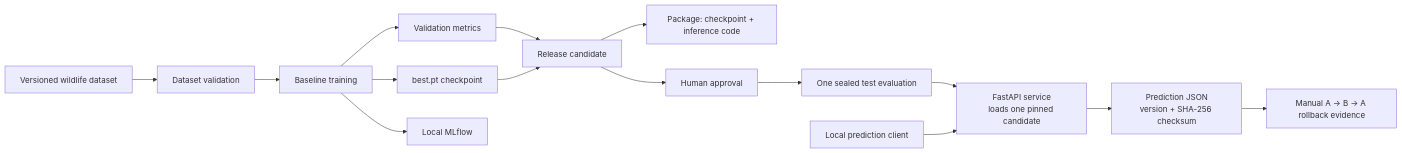
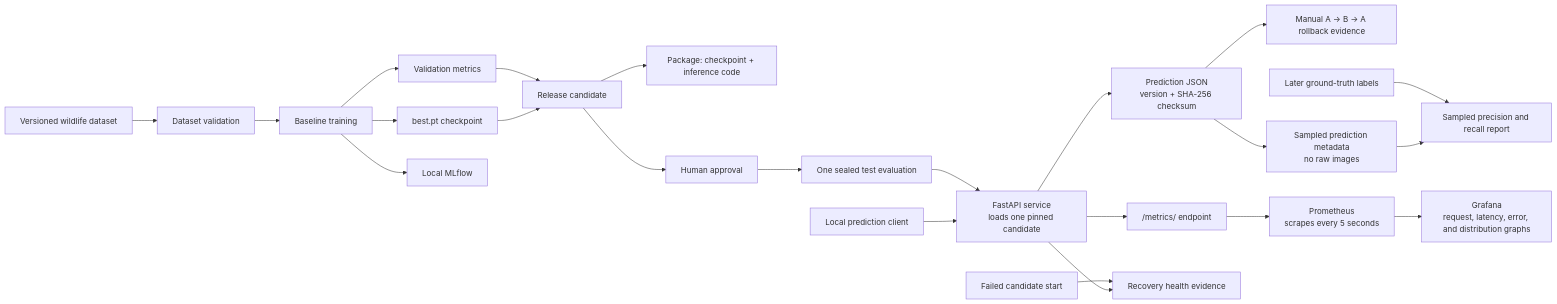
One commit to obaidullah-faruk/african-wildlife-mlops changed the diagram in README.md. Above: the diagram before and after it, drawn with Mermaid. The commit also changed other lines of this file and 14 other files, not shown here.

````diff
--- a/README.md
+++ b/README.md
@@ -8,17 +8,25 @@
 ```mermaid
 flowchart LR
     data[Versioned wildlife dataset] --> validate[Dataset validation]
     validate --> train[Baseline training]
-    train --> metrics[Validation metrics]
+    train --> validation_metrics[Validation metrics]
     train --> checkpoint[best.pt checkpoint]
     train --> mlflow[Local MLflow]
-    metrics --> candidate[Release candidate]
+    validation_metrics --> candidate[Release candidate]
     checkpoint --> candidate
     candidate --> package[Package: checkpoint + inference code]
     candidate --> approval[Human approval]
     approval --> sealed[One sealed test evaluation]
     sealed --> service[FastAPI service\nloads one pinned candidate]
     client[Local prediction client] --> service
     service --> response[Prediction JSON\nversion + SHA-256 checksum]
     response --> rollback[Manual A → B → A rollback evidence]
+    service --> service_metrics["/metrics/ endpoint"]
+    service_metrics --> prometheus[Prometheus\nscrapes every 5 seconds]
+    prometheus --> grafana[Grafana\nrequest, latency, error, and distribution graphs]
+    response --> samples[Sampled prediction metadata\nno raw images]
+    labels[Later ground-truth labels] --> quality[Sampled precision and recall report]
+    samples --> quality
+    failed[Failed candidate start] --> recovery[Recovery health evidence]
+    service --> recovery
 ```
````
